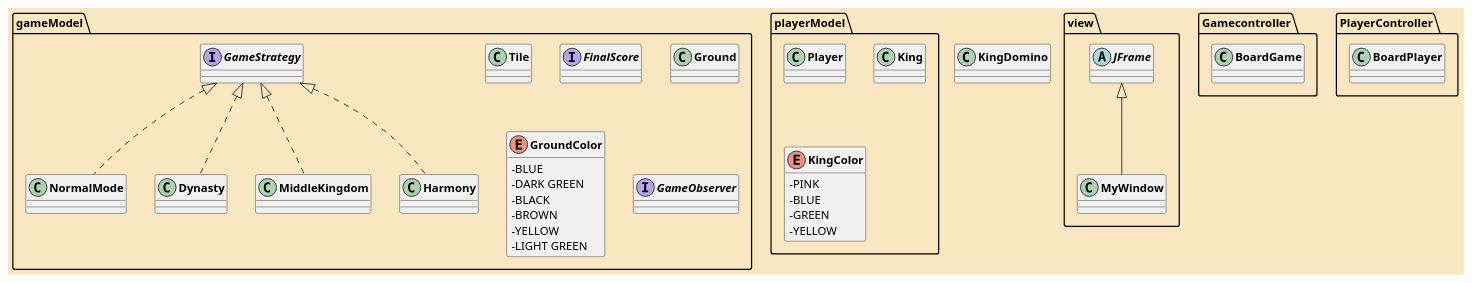
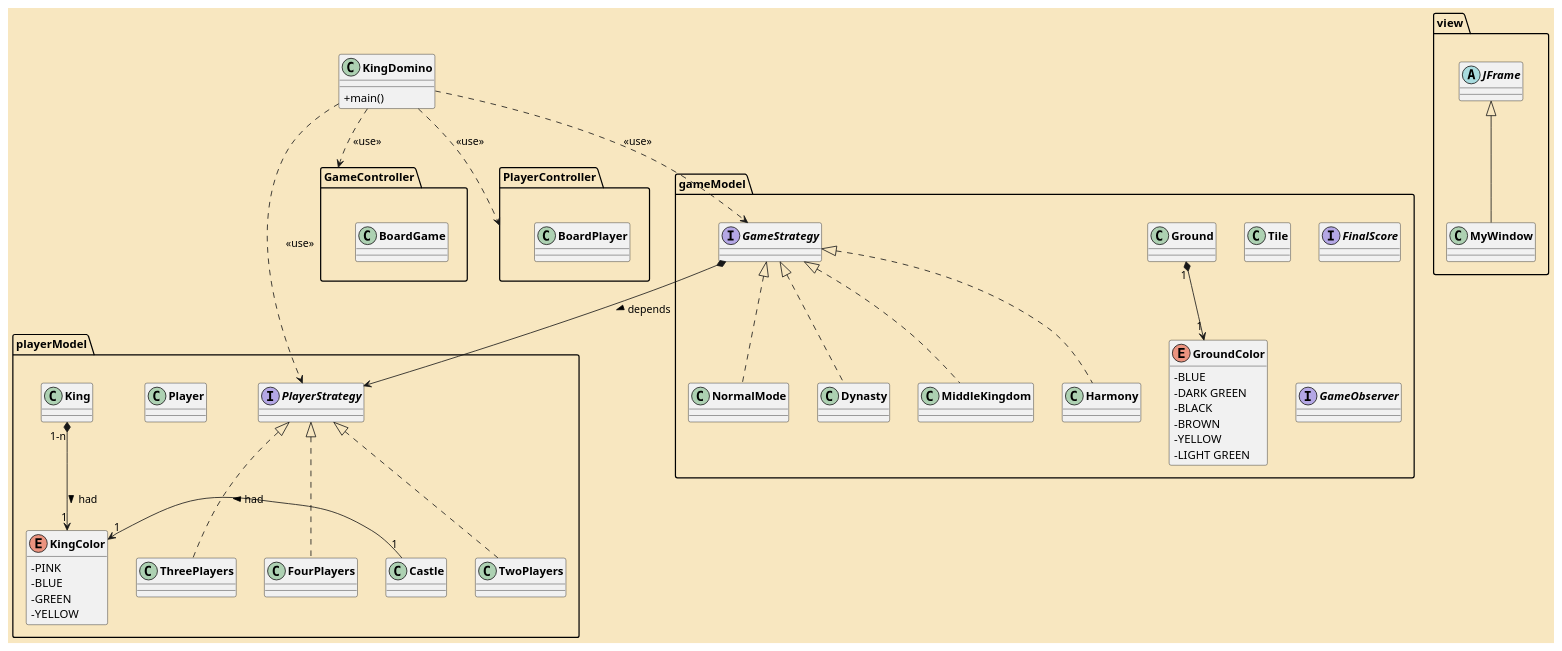
One commit to ErenMustafaGit/Kingdomino changed the diagram in kingdomino/UML/View.puml. Above: the diagram before and after it, drawn with PlantUML.

Commit message:
update UML

```diff
--- a/kingdomino/UML/View.puml
+++ b/kingdomino/UML/View.puml
@@ -1,110 +1,136 @@
 @startuml
 'skinparam style strictuml
 skinparam classAttributeIconSize 0
 skinparam classFontStyle Bold
 hide enum methods
 skinparam BackgroundColor Strategy
 
 'class main qui va executer le jeu
 class KingDomino{
++main()
 }
 
 
 'package VIEW
 package view{
     'application du jeu (design avec Swing)
     class MyWindow extends JFrame{
 
     }
     'JFRAME
     abstract class JFrame{
     }
 }
 'package CONTROLLER
-package Gamecontroller{
+package GameController{
     ' plateau de jeu
     class BoardGame{
 
     }
 }
 'package PlayerController
 package PlayerController{
     'plateau du joueur
         class BoardPlayer{
 
         }
 }
 'package MODEL jeu
 package gameModel{
     'tuiles numéroté
     class Tile{
 
     }
     'interface finalScore qui dit le score final du jeu (si la partie est terminé)
     interface FinalScore{
 
     }
     'coté de la tuile (droite ou gauche)
     class Ground{
 
     }
     'couleur des cotés de la tuile
     enum GroundColor{
     -BLUE
     -DARK GREEN
     -BLACK
     -BROWN
     -YELLOW
     -LIGHT GREEN
     }
     'strategy permettant de pouvoir choisir le jeu qu'on veut-
 
 
     interface GameStrategy{
 
     }
     class NormalMode implements GameStrategy{
 
     }
     'classe dynastie
     class Dynasty implements GameStrategy{
 
     }
     'class empire du milieu
     class MiddleKingdom implements GameStrategy{
 
     }
 
     'class harmonie
     class Harmony implements GameStrategy{
 
     }
     'interface observer qui va permettre de notifier les changements
     interface GameObserver{
 
     }
 }
 'package model joueur
 package playerModel{
+    'interface players
+    interface PlayerStrategy{
+
+    }
+    class TwoPlayers implements PlayerStrategy{
+
+    }
+
+    class ThreePlayers implements PlayerStrategy{
+    }
+
+   class FourPlayers implements PlayerStrategy{
+
+   }
     'joueur
     class Player{
 
     }
 
     'roi
     class King{
 
     }
+    'class chateau
+    class Castle{
 
-    'couleur du roi
+    }
+
+    'couleur du roi et du chateau
     enum KingColor{
     -PINK
     -BLUE
     -GREEN
     -YELLOW
     }
-
-
 }
 
+GameStrategy *-->PlayerStrategy : > depends
+Ground "1"*-->"1"GroundColor
+King"1-n"*-->"1" KingColor: > had
+Castle"1"->"1"KingColor : > had
+KingDomino..> PlayerController : <<use>>
+KingDomino..> GameController : <<use>>
+KingDomino.> PlayerStrategy : <<use>>
+KingDomino..> GameStrategy : <<use>>
+
 @enduml
```
